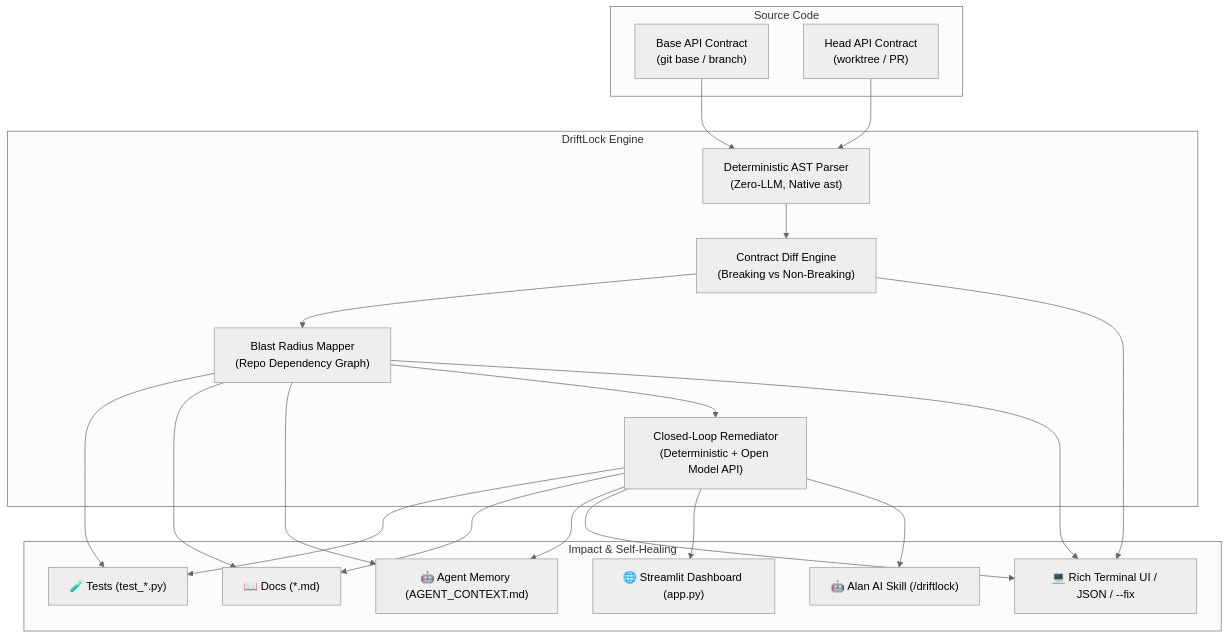
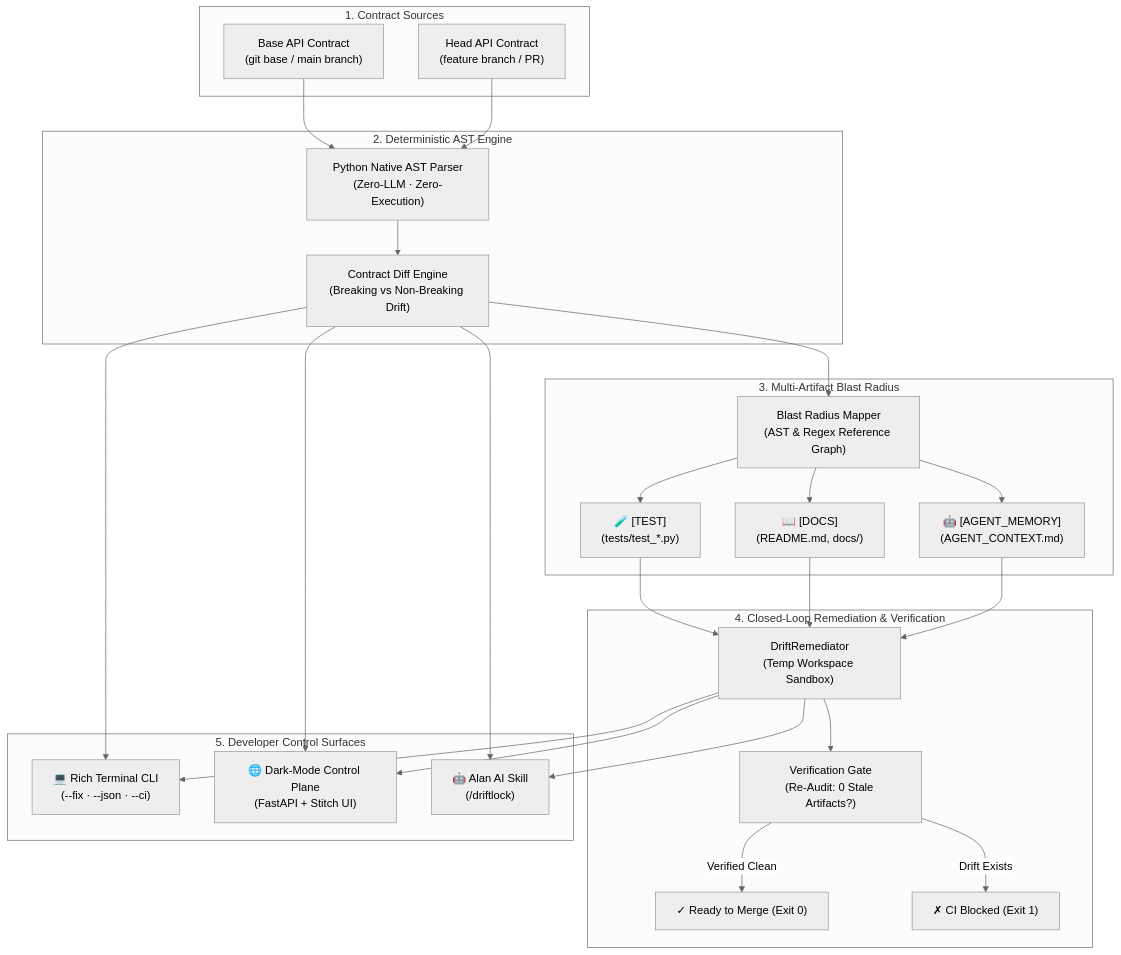
Before and after one commit to Jishnu1618/Driftlock: the diagram in README.md, drawn with Mermaid (neutral theme). The commit also changed other lines of this file and 8 other files, not shown here.

````diff
--- a/README.md
+++ b/README.md
@@ -42,40 +59,56 @@
 ```mermaid
 flowchart TD
-    subgraph Input ["Source Code"]
-        Base["Base API Contract\n(git base / branch)"]
-        Head["Head API Contract\n(worktree / PR)"]
+    subgraph Inputs ["1. Contract Sources"]
+        Base["Base API Contract\n(git base / main branch)"]
+        Head["Head API Contract\n(feature branch / PR)"]
     end
 
-    subgraph CoreEngine ["DriftLock Engine"]
-        ASTParser["Deterministic AST Parser\n(Zero-LLM, Native ast)"]
-        DiffEngine["Contract Diff Engine\n(Breaking vs Non-Breaking)"]
-        BlastMapper["Blast Radius Mapper\n(Repo Dependency Graph)"]
-        Remediator["Closed-Loop Remediator\n(Deterministic + Open Model API)"]
+    subgraph CoreEngine ["2. Deterministic AST Engine"]
+        ASTParser["Python Native AST Parser\n(Zero-LLM · Zero-Execution)"]
+        DiffEngine["Contract Diff Engine\n(Breaking vs Non-Breaking Drift)"]
     end
 
-    subgraph Output ["Impact & Self-Healing"]
-        Tests["🧪 Tests (test_*.py)"]
-        Docs["📖 Docs (*.md)"]
-        AgentContext["🤖 Agent Memory (AGENT_CONTEXT.md)"]
-        CLI["💻 Rich Terminal UI / JSON / --fix"]
-        WebUI["🌐 Streamlit Dashboard (app.py)"]
-        AlanSkill["🤖 Alan AI Skill (/driftlock)"]
+    subgraph BlastRadius ["3. Multi-Artifact Blast Radius"]
+        Mapper["Blast Radius Mapper\n(AST & Regex Reference Graph)"]
+        TestArtifacts["🧪 [TEST]\n(tests/test_*.py)"]
+        DocArtifacts["📖 [DOCS]\n(README.md, docs/)"]
+        AgentArtifacts["🤖 [AGENT_MEMORY]\n(AGENT_CONTEXT.md)"]
+    end
+
+    subgraph RemediationGate ["4. Closed-Loop Remediation & Verification"]
+        Remediator["DriftRemediator\n(Temp Workspace Sandbox)"]
+        VerifySync["Verification Gate\n(Re-Audit: 0 Stale Artifacts?)"]
+        GatePass["✓ Ready to Merge (Exit 0)"]
+        GateBlock["✗ CI Blocked (Exit 1)"]
+    end
+
+    subgraph Interfaces ["5. Developer Control Surfaces"]
+        CLI["💻 Rich Terminal CLI\n(--fix · --json · --ci)"]
+        WebUI["🌐 Dark-Mode Control Plane\n(FastAPI + Stitch UI)"]
+        AlanSkill["🤖 Alan AI Skill\n(/driftlock)"]
     end
 
     Base --> ASTParser
     Head --> ASTParser
     ASTParser --> DiffEngine
-    DiffEngine --> BlastMapper
-    BlastMapper --> Tests
-    BlastMapper --> Docs
-    BlastMapper --> AgentContext
-    BlastMapper --> Remediator
-    Remediator --> Tests
-    Remediator --> Docs
-    Remediator --> AgentContext
+    DiffEngine --> Mapper
+
+    Mapper --> TestArtifacts
+    Mapper --> DocArtifacts
+    Mapper --> AgentArtifacts
+
+    TestArtifacts --> Remediator
+    DocArtifacts --> Remediator
+    AgentArtifacts --> Remediator
+
+    Remediator --> VerifySync
+    VerifySync -->|Verified Clean| GatePass
+    VerifySync -->|Drift Exists| GateBlock
+
     DiffEngine --> CLI
-    BlastMapper --> CLI
+    DiffEngine --> WebUI
+    DiffEngine --> AlanSkill
     Remediator --> CLI
     Remediator --> WebUI
     Remediator --> AlanSkill
 ```
````
